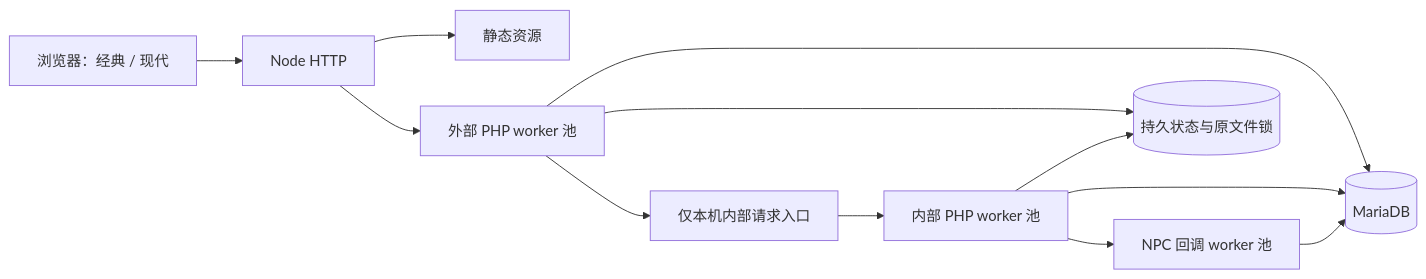
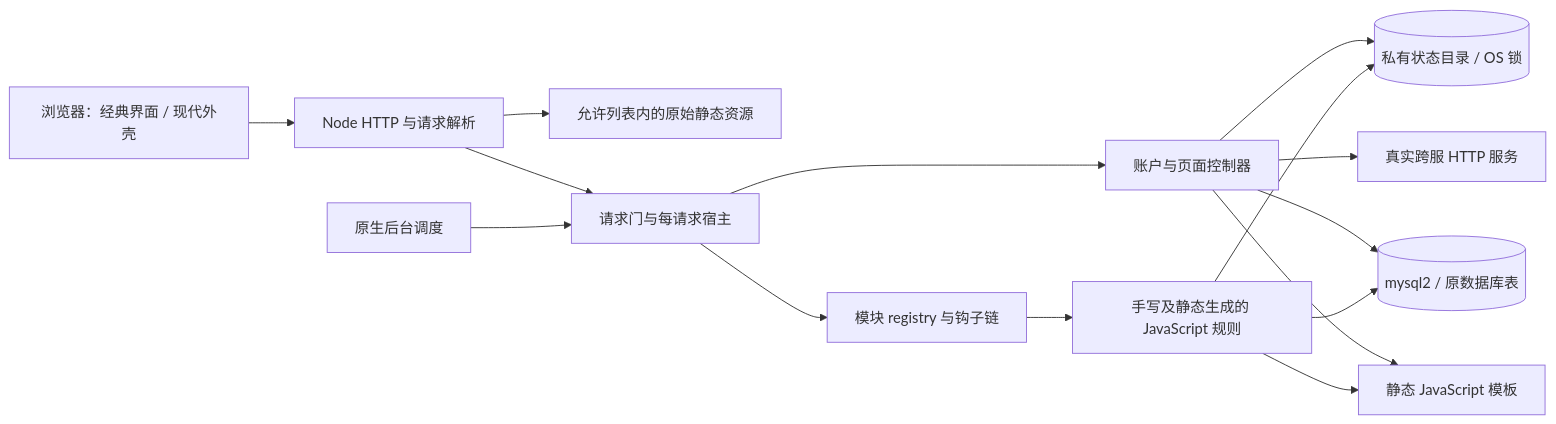
The diagram in doc/ARCHITECTURE.md (amarillonmc/DTS-X), drawn with Mermaid before and after one commit. The commit also changed other lines of this file and 4711 other files, not shown here.

````diff
--- a/doc/ARCHITECTURE.md
+++ b/doc/ARCHITECTURE.md
@@ -5,14 +5,17 @@
 ```mermaid
 flowchart LR
-  A[浏览器：经典 / 现代] --> B[Node HTTP]
-  B --> S[静态资源]
-  B --> C[外部 PHP worker 池]
-  C --> D[仅本机内部请求入口]
-  D --> E[内部 PHP worker 池]
-  E --> F[NPC 回调 worker 池]
-  C --> DB[(MariaDB)]
-  E --> DB
-  F --> DB
-  C --> FS[(持久状态与原文件锁)]
-  E --> FS
+  B[浏览器：经典界面 / 现代外壳] --> H[Node HTTP 与请求解析]
+  H --> A[允许列表内的原始静态资源]
+  H --> G[请求门与每请求宿主]
+  T[原生后台调度] --> G
+  G --> P[账户与页面控制器]
+  G --> M[模块 registry 与钩子链]
+  M --> J[手写及静态生成的 JavaScript 规则]
+  P --> V[静态 JavaScript 模板]
+  J --> V
+  P --> D[(mysql2 / 原数据库表)]
+  J --> D
+  P --> F[(私有状态目录 / OS 锁)]
+  J --> F
+  P --> R[真实跨服 HTTP 服务]
 ```
````
